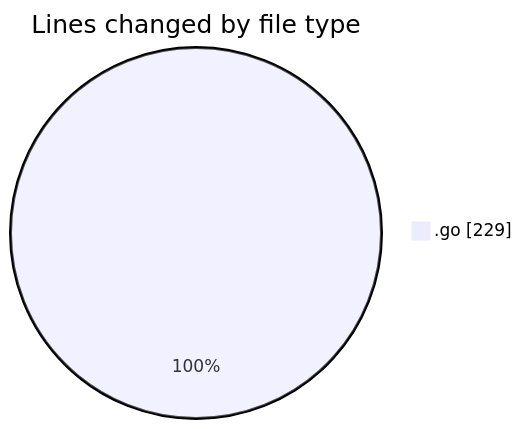
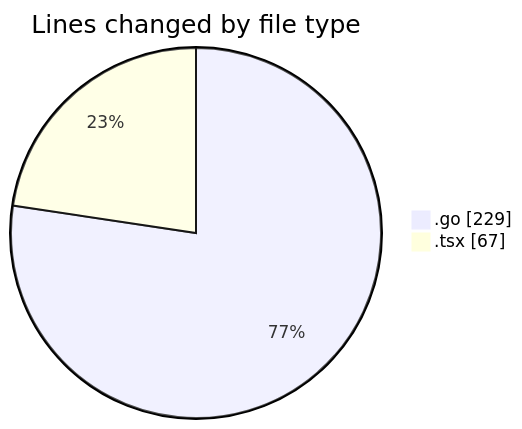
Before and after one commit to robertbonfada/code-tracking: the first of 2 diagrams in 2025-02-21/termonied_testador/README.md, drawn with Mermaid. The commit also changed other lines of this file and 1 other file, not shown here.

````diff
--- a/2025-02-21/termonied_testador/README.md
+++ b/2025-02-21/termonied_testador/README.md
@@ -25,5 +26,6 @@
 ```mermaid
 pie showData
 title Lines changed by file type
 ".go" : 229
+".tsx" : 67
 ```
````
